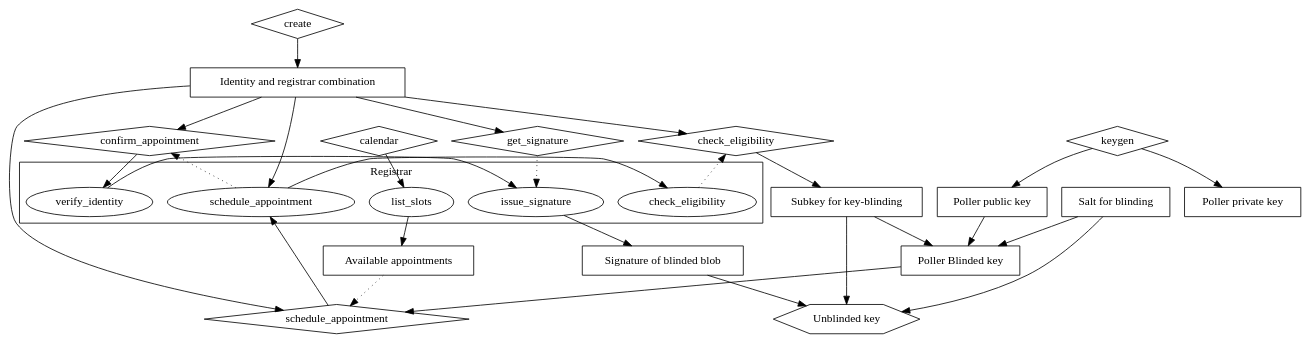
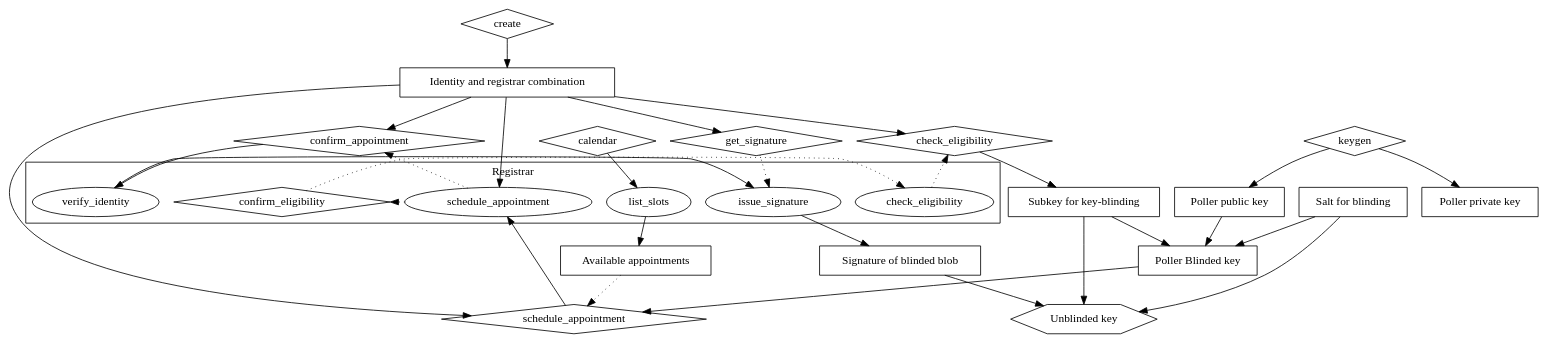
One commit to securepollingsystem/securepolling changed the diagram in doc/securepolling.dot. Above: the diagram before and after it, drawn with Graphviz. The commit also changed 2 other files, not shown here.

```diff
--- a/doc/securepolling.dot
+++ b/doc/securepolling.dot
@@ -1,66 +1,67 @@
 // Registrar process
 digraph {
   subgraph cluster_Registrar {
     label="Registrar"
     r_list_slots [label="list_slots"]
     r_schedule_appointment [label="schedule_appointment"]
     r_verify_identity [label="verify_identity"]
     r_check_eligibility [label="check_eligibility"]
     r_issue_signature [label="issue_signature"]
-    r_schedule_appointment -> r_check_eligibility [constraint="false"]
+    r_confirm_eligibility [label="confirm_eligibility" shape="diamond"]
+    r_schedule_appointment -> r_confirm_eligibility -> r_check_eligibility [constraint="false" style="dotted"]
     r_verify_identity -> r_issue_signature [constraint="false"]
   }
 
   // Step 1
   create [shape="diamond"]
   Identity [label="Identity and registrar combination" shape="box"]
 
   create -> Identity
 
   keygen [shape="diamond"]
   Public [label="Poller public key" shape="box"]
   Private [label="Poller private key" shape="box"]
 
   keygen -> Public
   keygen -> Private
 
   calendar [shape="diamond"]
   Appointments [label="Available appointments" shape="box"]
   calendar -> r_list_slots -> Appointments
 
   Appointments -> schedule_appointment [style="dotted"]
   Identity -> r_schedule_appointment
 
   CheckEligibility [label="check_eligibility" shape="diamond"]
   r_check_eligibility -> CheckEligibility [style="dotted"]
   Identity -> CheckEligibility -> Subkey
 
   Subkey [label="Subkey for key-blinding" shape="box"]
   Salt [label="Salt for blinding" shape="box"]
 
   Blinded [label="Poller Blinded key" shape="box"]
   Subkey -> Blinded
   Salt -> Blinded
   Public -> Blinded
 
   schedule_appointment [shape="diamond"]
   Identity -> schedule_appointment
   Blinded  -> schedule_appointment -> r_schedule_appointment
   r_schedule_appointment -> confirm_appointment [style="dotted"]
   Identity -> confirm_appointment
   confirm_appointment [shape="diamond"]
 
   // Step 2
   confirm_appointment -> r_verify_identity
   Identity -> get_signature
   get_signature [shape="diamond"]
   get_signature -> r_issue_signature [style=dotted]
   r_issue_signature -> SignedBlinded
   SignedBlinded [label="Signature of blinded blob" shape="box"]
 
   Salt -> Unblinded
   Subkey -> Unblinded
   SignedBlinded -> Unblinded
 
   Unblinded [shape="hexagon" label="Unblinded key"]
 }
```
